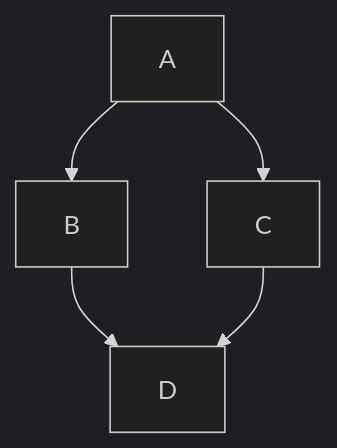
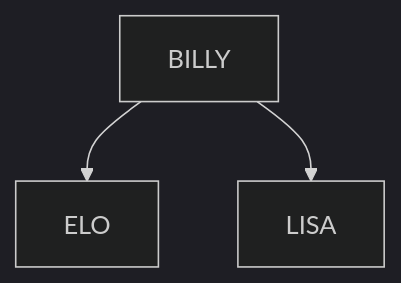
Before and after one commit to e-lo/testdocs: the diagram in README.md, drawn with Mermaid (dark theme). The commit also changed other lines of this file, not shown here.

````diff
--- a/README.md
+++ b/README.md
@@ -17,8 +6,8 @@
 ```mermaid
   graph TD;
-      A-->B;
-      A-->C;
-      B-->D;
-      C-->D;
-      click B "http://www.github.com/e-lo" _blank
+      BILLY-->ELO;
+      BILLY-->LISA;
+      click ELO "http://www.github.com/e-lo" _blank
+      click BILLY "http://www.github.com/billyc" _blank
+      click LISA "http://www.github.com/lmz" _blank
 ```
````
